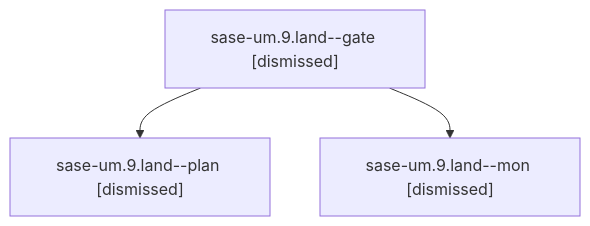
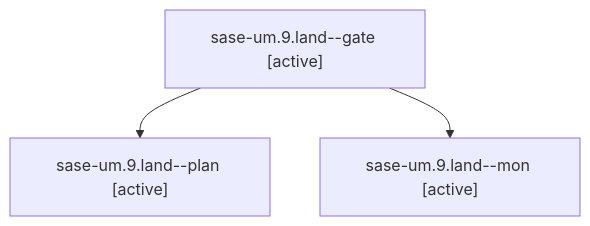
The diagram in families/bbugyi200.athena.sase-um.9.land.md (sase-org/sase--agents), drawn with Mermaid before and after one commit. The commit also changed other lines of this file and 35830 other files, not shown here.

````diff
--- a/families/bbugyi200.athena.sase-um.9.land.md
+++ b/families/bbugyi200.athena.sase-um.9.land.md
@@ -9,8 +9,8 @@
 ```mermaid
 flowchart TD
-  n0["sase-um.9.land--gate [dismissed]"]
-  n1["sase-um.9.land--plan [dismissed]"]
+  n0["sase-um.9.land--gate [active]"]
+  n1["sase-um.9.land--plan [active]"]
   n0 --> n1
-  n2["sase-um.9.land--mon [dismissed]"]
+  n2["sase-um.9.land--mon [active]"]
   n0 --> n2
 ```
````
